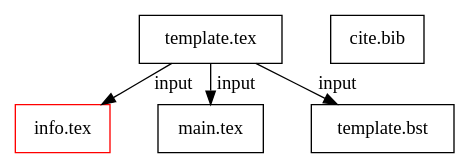
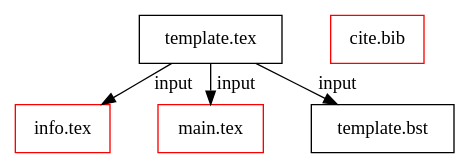
The diagram in texTemplate.org (bwtian/texTemplate), drawn with Graphviz before and after one commit. The commit also changed other lines of this file and 1 other file, not shown here.

Commit message:
- ‘.#texTemplate.org’ / ‘texTemplate.org’

```diff
--- a/texTemplate.org
+++ b/texTemplate.org
@@ -4,21 +4,21 @@
 #+BEGIN_SRC dot :file ./texTemplate.svg 
 digraph { 
 fontname="Times"; 
 fontsize = 12; 
 splines = false; 
 ranksep = 0.2; 
 nodesep = 0.5; 
 node [shape = box] 
 //1. set node 
 temp [label = "template.tex"]
 info [label = "info.tex", color = red]
-main [label = "main.tex"]
-bib [label = "cite.bib"]
+main [label = "main.tex", color = red]
+bib [label = "cite.bib", color = red]
 bst [label = "template.bst"]
 //2. set path 
 temp -> {info,main,bst} [label = input]
 
 //3. set rank 
 
 }
 #+END_SRC
```
